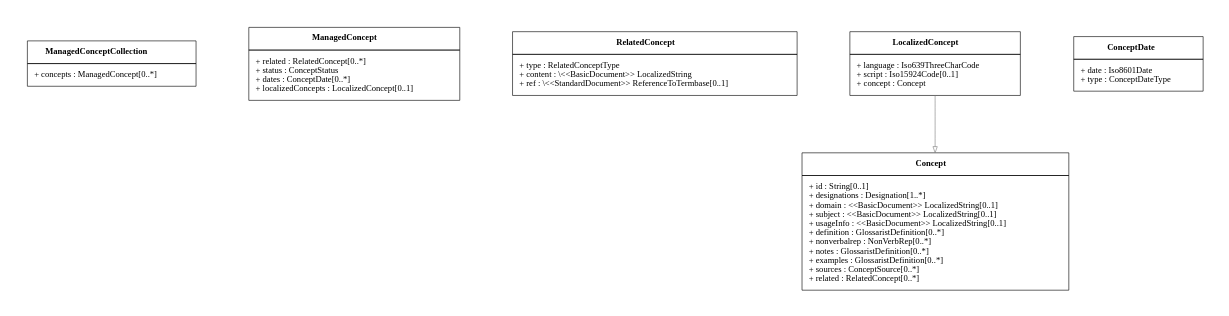
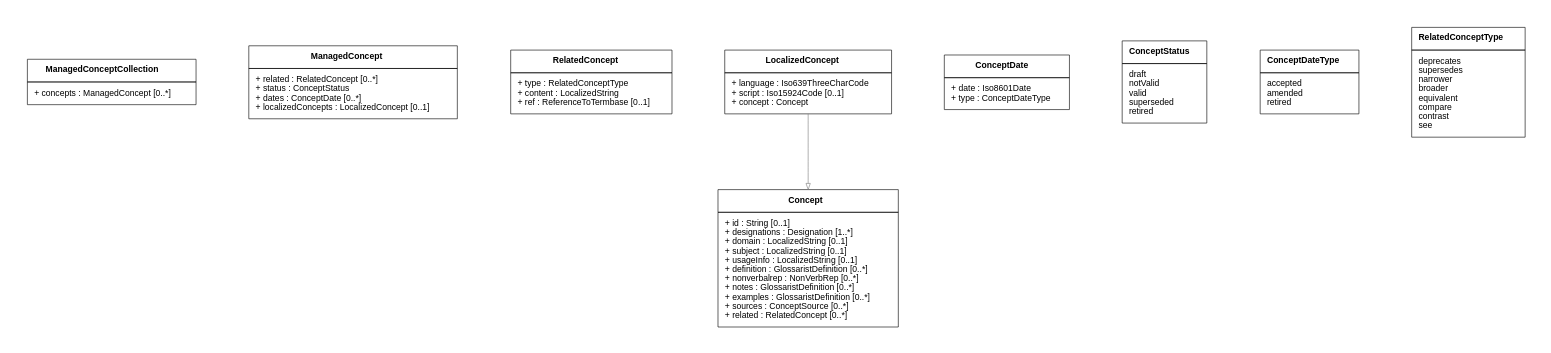
The diagram in lutaml/ManagedConcepts.dot (glossarist/concept-model), drawn with Graphviz before and after one commit. The commit also changed 11 other files, not shown here.

```diff
--- a/lutaml/ManagedConcepts.dot
+++ b/lutaml/ManagedConcepts.dot
@@ -1,127 +1,191 @@
 digraph G {
   graph [splines="ortho" pad=0.5 ranksep="1.2.equally" nodesep="1.2.equally"]
   edge [color="gray50"]
-  node [shape="box"]
+  node [shape="box" fontname="Helvetica-bold"]
 
-  ManagedConceptCollection [shape="plain" label=<
+  ManagedConceptCollection [shape="plain" fontname="Helvetica" label=<
     <TABLE BORDER="0" CELLBORDER="1" CELLSPACING="0" CELLPADDING="10">
     <TR>
     <TD><B>ManagedConceptCollection</B></TD>
   </TR>
   
   <TR>
     <TD>
           <TABLE BORDER="0" CELLPADDING="0" CELLSPACING="0">
-            <TR><TD ALIGN="LEFT">+ concepts : ManagedConcept&#91;0..*&#93;</TD></TR>
+            <TR><TD ALIGN="LEFT">+ concepts : ManagedConcept &#91;0..*&#93;</TD></TR>
           </TABLE>
         </TD>
   </TR>
   
   </TABLE>
   >]
   
-  ManagedConcept [shape="plain" label=<
+  ManagedConcept [shape="plain" fontname="Helvetica" label=<
     <TABLE BORDER="0" CELLBORDER="1" CELLSPACING="0" CELLPADDING="10">
     <TR>
     <TD><B>ManagedConcept</B></TD>
   </TR>
   
   <TR>
     <TD>
           <TABLE BORDER="0" CELLPADDING="0" CELLSPACING="0">
-            <TR><TD ALIGN="LEFT">+ related : RelatedConcept&#91;0..*&#93;</TD></TR>
+            <TR><TD ALIGN="LEFT">+ related : RelatedConcept &#91;0..*&#93;</TD></TR>
             <TR><TD ALIGN="LEFT">+ status : ConceptStatus</TD></TR>
-            <TR><TD ALIGN="LEFT">+ dates : ConceptDate&#91;0..*&#93;</TD></TR>
-            <TR><TD ALIGN="LEFT">+ localizedConcepts : LocalizedConcept&#91;0..1&#93;</TD></TR>
+            <TR><TD ALIGN="LEFT">+ dates : ConceptDate &#91;0..*&#93;</TD></TR>
+            <TR><TD ALIGN="LEFT">+ localizedConcepts : LocalizedConcept &#91;0..1&#93;</TD></TR>
           </TABLE>
         </TD>
   </TR>
   
   </TABLE>
   >]
   
-  RelatedConcept [shape="plain" label=<
+  RelatedConcept [shape="plain" fontname="Helvetica" label=<
     <TABLE BORDER="0" CELLBORDER="1" CELLSPACING="0" CELLPADDING="10">
     <TR>
     <TD><B>RelatedConcept</B></TD>
   </TR>
   
   <TR>
     <TD>
           <TABLE BORDER="0" CELLPADDING="0" CELLSPACING="0">
             <TR><TD ALIGN="LEFT">+ type : RelatedConceptType</TD></TR>
-            <TR><TD ALIGN="LEFT">+ content : \&#60;&#60;BasicDocument&#62;&#62; LocalizedString</TD></TR>
-            <TR><TD ALIGN="LEFT">+ ref : \&#60;&#60;StandardDocument&#62;&#62; ReferenceToTermbase&#91;0..1&#93;</TD></TR>
+            <TR><TD ALIGN="LEFT">+ content : LocalizedString</TD></TR>
+            <TR><TD ALIGN="LEFT">+ ref : ReferenceToTermbase &#91;0..1&#93;</TD></TR>
           </TABLE>
         </TD>
   </TR>
   
   </TABLE>
   >]
   
-  LocalizedConcept [shape="plain" label=<
+  LocalizedConcept [shape="plain" fontname="Helvetica" label=<
     <TABLE BORDER="0" CELLBORDER="1" CELLSPACING="0" CELLPADDING="10">
     <TR>
     <TD><B>LocalizedConcept</B></TD>
   </TR>
   
   <TR>
     <TD>
           <TABLE BORDER="0" CELLPADDING="0" CELLSPACING="0">
             <TR><TD ALIGN="LEFT">+ language : Iso639ThreeCharCode</TD></TR>
-            <TR><TD ALIGN="LEFT">+ script : Iso15924Code&#91;0..1&#93;</TD></TR>
+            <TR><TD ALIGN="LEFT">+ script : Iso15924Code &#91;0..1&#93;</TD></TR>
             <TR><TD ALIGN="LEFT">+ concept : Concept</TD></TR>
           </TABLE>
         </TD>
   </TR>
   
   </TABLE>
   >]
   
-  Concept [shape="plain" label=<
+  Concept [shape="plain" fontname="Helvetica" label=<
     <TABLE BORDER="0" CELLBORDER="1" CELLSPACING="0" CELLPADDING="10">
     <TR>
     <TD><B>Concept</B></TD>
   </TR>
   
   <TR>
     <TD>
           <TABLE BORDER="0" CELLPADDING="0" CELLSPACING="0">
-            <TR><TD ALIGN="LEFT">+ id : String&#91;0..1&#93;</TD></TR>
-            <TR><TD ALIGN="LEFT">+ designations : Designation&#91;1..*&#93;</TD></TR>
-            <TR><TD ALIGN="LEFT">+ domain : &#60;&#60;BasicDocument&#62;&#62; LocalizedString&#91;0..1&#93;</TD></TR>
-            <TR><TD ALIGN="LEFT">+ subject : &#60;&#60;BasicDocument&#62;&#62; LocalizedString&#91;0..1&#93;</TD></TR>
-            <TR><TD ALIGN="LEFT">+ usageInfo : &#60;&#60;BasicDocument&#62;&#62; LocalizedString&#91;0..1&#93;</TD></TR>
-            <TR><TD ALIGN="LEFT">+ definition : GlossaristDefinition&#91;0..*&#93;</TD></TR>
-            <TR><TD ALIGN="LEFT">+ nonverbalrep : NonVerbRep&#91;0..*&#93;</TD></TR>
-            <TR><TD ALIGN="LEFT">+ notes : GlossaristDefinition&#91;0..*&#93;</TD></TR>
-            <TR><TD ALIGN="LEFT">+ examples : GlossaristDefinition&#91;0..*&#93;</TD></TR>
-            <TR><TD ALIGN="LEFT">+ sources : ConceptSource&#91;0..*&#93;</TD></TR>
-            <TR><TD ALIGN="LEFT">+ related : RelatedConcept&#91;0..*&#93;</TD></TR>
+            <TR><TD ALIGN="LEFT">+ id : String &#91;0..1&#93;</TD></TR>
+            <TR><TD ALIGN="LEFT">+ designations : Designation &#91;1..*&#93;</TD></TR>
+            <TR><TD ALIGN="LEFT">+ domain : LocalizedString &#91;0..1&#93;</TD></TR>
+            <TR><TD ALIGN="LEFT">+ subject : LocalizedString &#91;0..1&#93;</TD></TR>
+            <TR><TD ALIGN="LEFT">+ usageInfo : LocalizedString &#91;0..1&#93;</TD></TR>
+            <TR><TD ALIGN="LEFT">+ definition : GlossaristDefinition &#91;0..*&#93;</TD></TR>
+            <TR><TD ALIGN="LEFT">+ nonverbalrep : NonVerbRep &#91;0..*&#93;</TD></TR>
+            <TR><TD ALIGN="LEFT">+ notes : GlossaristDefinition &#91;0..*&#93;</TD></TR>
+            <TR><TD ALIGN="LEFT">+ examples : GlossaristDefinition &#91;0..*&#93;</TD></TR>
+            <TR><TD ALIGN="LEFT">+ sources : ConceptSource &#91;0..*&#93;</TD></TR>
+            <TR><TD ALIGN="LEFT">+ related : RelatedConcept &#91;0..*&#93;</TD></TR>
           </TABLE>
         </TD>
   </TR>
   
   </TABLE>
   >]
   
-  ConceptDate [shape="plain" label=<
+  ConceptDate [shape="plain" fontname="Helvetica" label=<
     <TABLE BORDER="0" CELLBORDER="1" CELLSPACING="0" CELLPADDING="10">
     <TR>
     <TD><B>ConceptDate</B></TD>
   </TR>
   
   <TR>
     <TD>
           <TABLE BORDER="0" CELLPADDING="0" CELLSPACING="0">
             <TR><TD ALIGN="LEFT">+ date : Iso8601Date</TD></TR>
             <TR><TD ALIGN="LEFT">+ type : ConceptDateType</TD></TR>
           </TABLE>
         </TD>
   </TR>
   
   </TABLE>
   >]
+  
+  ConceptStatus [shape="plain" fontname="Helvetica" label=<
+    <TABLE BORDER="0" CELLBORDER="1" CELLSPACING="0" CELLPADDING="10">
+    <TR>
+    <TD><B>ConceptStatus</B></TD>
+  </TR>
+  
+  <TR>
+    <TD>
+          <TABLE BORDER="0" CELLPADDING="0" CELLSPACING="0">
+            <TR><TD ALIGN="LEFT"> draft</TD></TR>
+            <TR><TD ALIGN="LEFT"> notValid</TD></TR>
+            <TR><TD ALIGN="LEFT"> valid</TD></TR>
+            <TR><TD ALIGN="LEFT"> superseded</TD></TR>
+            <TR><TD ALIGN="LEFT"> retired</TD></TR>
+          </TABLE>
+        </TD>
+  </TR>
+  
+  </TABLE>
+  >]
+  
+  ConceptDateType [shape="plain" fontname="Helvetica" label=<
+    <TABLE BORDER="0" CELLBORDER="1" CELLSPACING="0" CELLPADDING="10">
+    <TR>
+    <TD><B>ConceptDateType</B></TD>
+  </TR>
+  
+  <TR>
+    <TD>
+          <TABLE BORDER="0" CELLPADDING="0" CELLSPACING="0">
+            <TR><TD ALIGN="LEFT"> accepted</TD></TR>
+            <TR><TD ALIGN="LEFT"> amended</TD></TR>
+            <TR><TD ALIGN="LEFT"> retired</TD></TR>
+          </TABLE>
+        </TD>
+  </TR>
+  
+  </TABLE>
+  >]
+  
+  RelatedConceptType [shape="plain" fontname="Helvetica" label=<
+    <TABLE BORDER="0" CELLBORDER="1" CELLSPACING="0" CELLPADDING="10">
+    <TR>
+    <TD><B>RelatedConceptType</B></TD>
+  </TR>
+  
+  <TR>
+    <TD>
+          <TABLE BORDER="0" CELLPADDING="0" CELLSPACING="0">
+            <TR><TD ALIGN="LEFT"> deprecates</TD></TR>
+            <TR><TD ALIGN="LEFT"> supersedes</TD></TR>
+            <TR><TD ALIGN="LEFT"> narrower</TD></TR>
+            <TR><TD ALIGN="LEFT"> broader</TD></TR>
+            <TR><TD ALIGN="LEFT"> equivalent</TD></TR>
+            <TR><TD ALIGN="LEFT"> compare</TD></TR>
+            <TR><TD ALIGN="LEFT"> contrast</TD></TR>
+            <TR><TD ALIGN="LEFT"> see</TD></TR>
+          </TABLE>
+        </TD>
+  </TR>
+  
+  </TABLE>
+  >]
 
   LocalizedConcept -> Concept [dir="direct" arrowtail="onormal" arrowhead="onormal"]
 }
```
